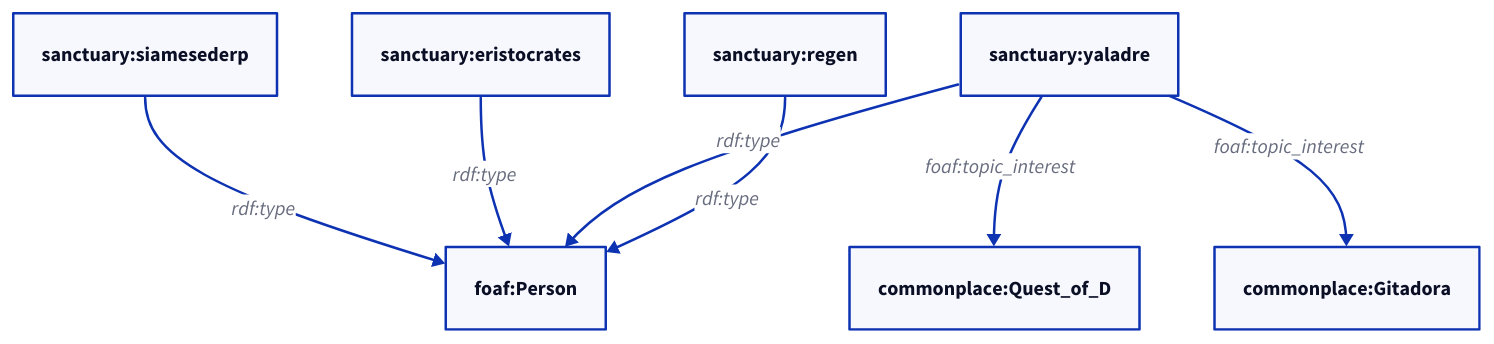
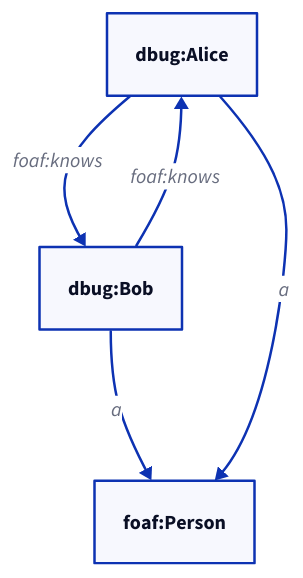
The diagram in Source-code/Host-environment/Common-Language-Runtime/FSharp/Project/HelloFable/test_graph/test_graph.d2 (eristocrates/ipa), drawn with D2 before and after one commit. The commit also changed 1319 other files, not shown here.

```diff
--- a/Source-code/Host-environment/Common-Language-Runtime/FSharp/Project/HelloFable/test_graph/test_graph.d2
+++ b/Source-code/Host-environment/Common-Language-Runtime/FSharp/Project/HelloFable/test_graph/test_graph.d2
@@ -1,6 +1,4 @@
-sanctuary\:siamesederp -> foaf\:Person : rdf\:type
-sanctuary\:eristocrates -> foaf\:Person : rdf\:type
-sanctuary\:yaladre -> commonplace\:Quest_of_D : foaf\:topic_interest
-sanctuary\:yaladre -> foaf\:Person : rdf\:type
-sanctuary\:regen -> foaf\:Person : rdf\:type
-sanctuary\:yaladre -> commonplace\:Gitadora : foaf\:topic_interest
+dbug\:Alice -> dbug\:Bob : foaf\:knows
+dbug\:Bob -> dbug\:Alice : foaf\:knows
+dbug\:Bob -> foaf\:Person : a
+dbug\:Alice -> foaf\:Person : a
```
